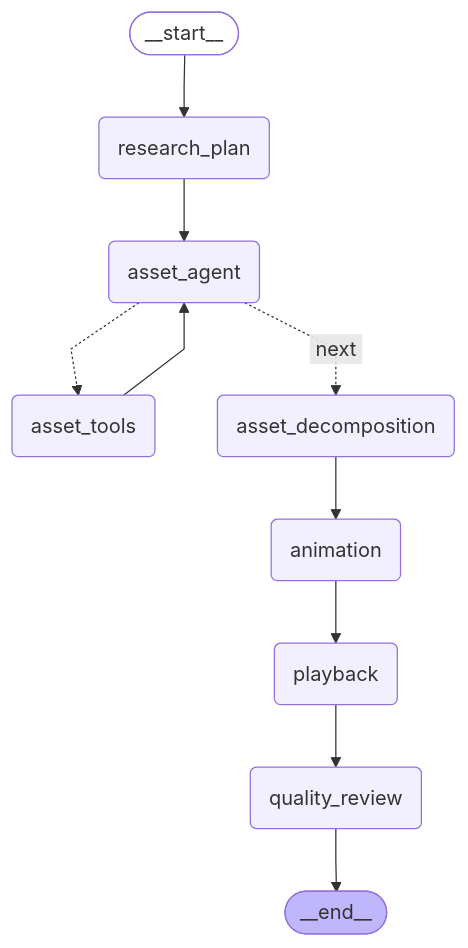
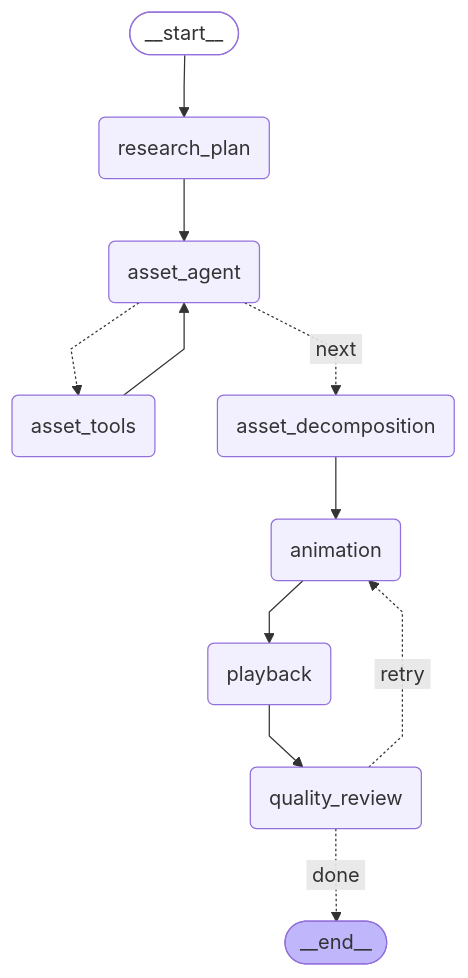
One commit to KalimAmzad/explainer-videos changed the diagram in docs/langgraph-workflow.mmd. Above: the diagram before and after it, drawn with Mermaid. The commit also changed 6 other files, not shown here.

First line of the commit message:
feat: add quality review → animation feedback loop

```diff
--- a/docs/langgraph-workflow.mmd
+++ b/docs/langgraph-workflow.mmd
@@ -1,23 +1,24 @@
 %%{init: {'flowchart': {'curve': 'linear'}}}%%
 graph TD;
 	__start__([<p>__start__</p>]):::first
 	research_plan(research_plan)
 	asset_agent(asset_agent)
 	asset_tools(asset_tools)
 	asset_decomposition(asset_decomposition)
 	animation(animation)
 	playback(playback)
 	quality_review(quality_review)
 	__end__([<p>__end__</p>]):::last
 	__start__ --> research_plan;
 	animation --> playback;
 	asset_decomposition --> animation;
 	asset_tools --> asset_agent;
 	playback --> quality_review;
-	quality_review --> __end__;
 	research_plan --> asset_agent;
 	asset_agent -.-> asset_tools;
 	asset_agent -. &nbsp;next&nbsp; .-> asset_decomposition;
+	quality_review -. &nbsp;retry&nbsp; .-> animation;
+	quality_review -. &nbsp;done&nbsp; .-> __end__;
 	classDef default fill:#f2f0ff,line-height:1.2;
 	classDef first fill-opacity:0;
 	classDef last fill:#bfb6fc;
```
